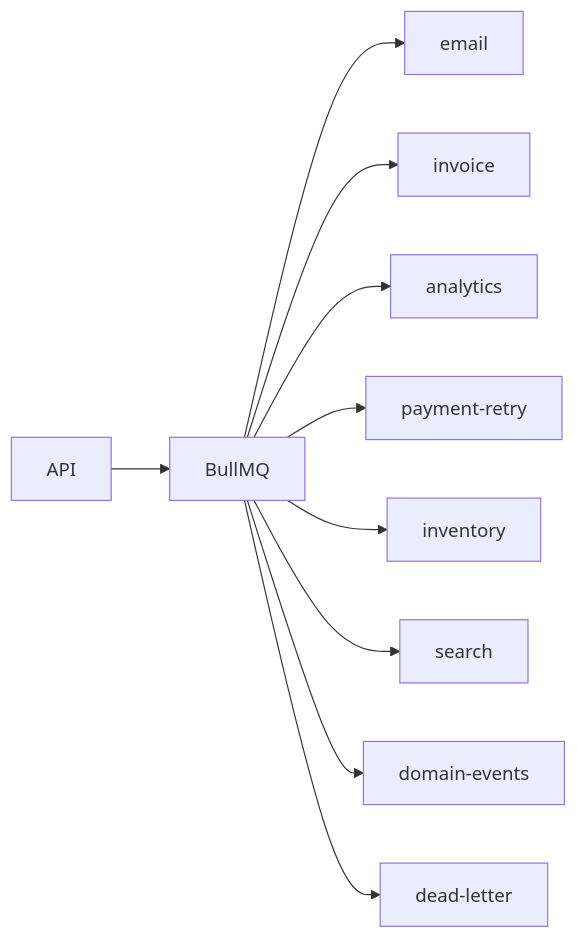
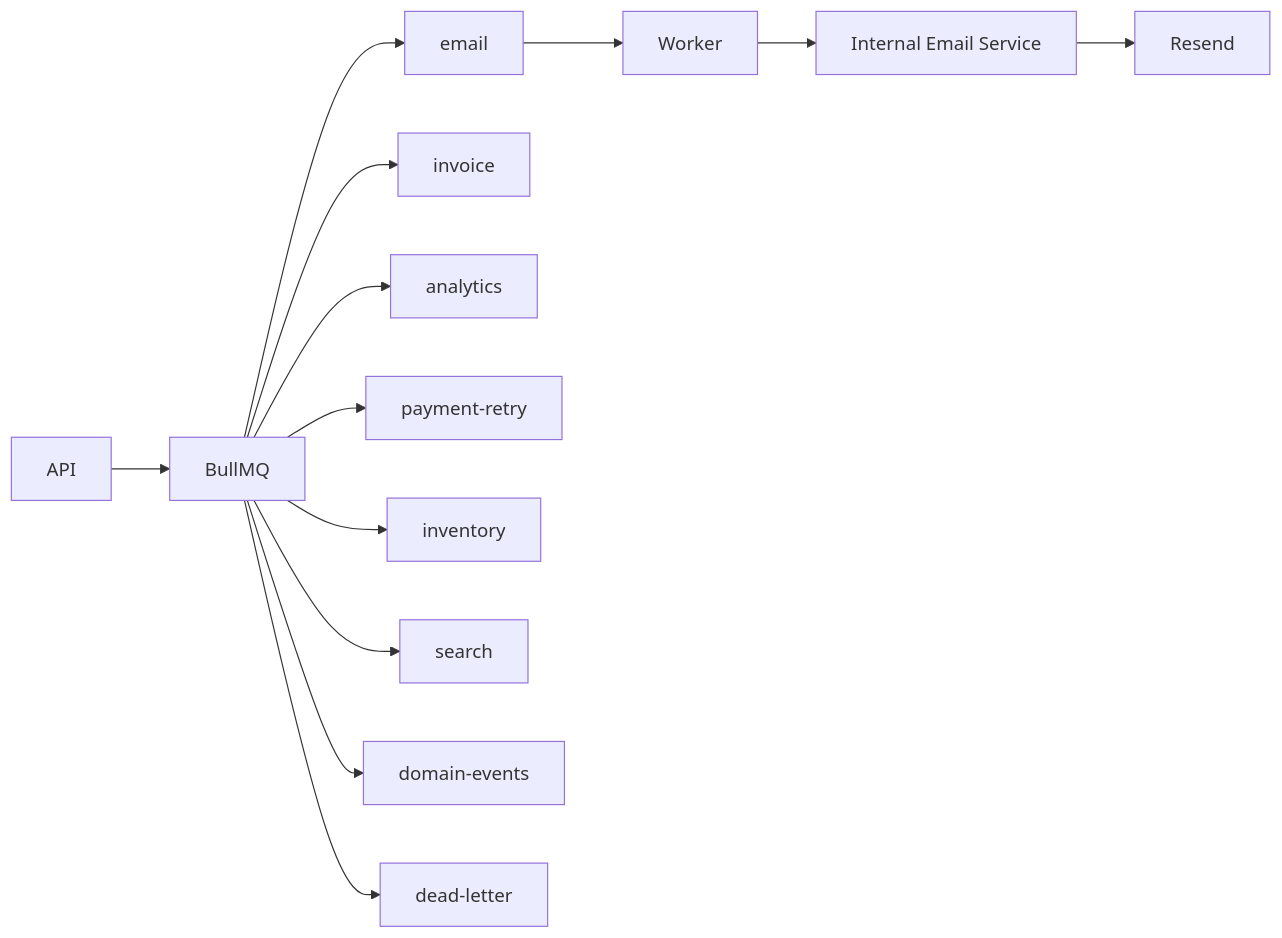
One commit to SpySparsh/distributed-commerce-platform changed the fifth of 8 diagrams in README.md. Above: the diagram before and after it, drawn with Mermaid. The commit also changed other lines of this file and 32 other files, not shown here.

Commit message:
Add internal email service for transactional mail

````diff
--- a/README.md
+++ b/README.md
@@ -199,12 +202,15 @@
 ```mermaid
 flowchart LR
   API["API"] --> Queue["BullMQ"]
   Queue --> Email["email"]
+  Email --> Worker["Worker"]
+  Worker --> EmailSvc["Internal Email Service"]
+  EmailSvc --> Resend["Resend"]
   Queue --> Invoice["invoice"]
   Queue --> Analytics["analytics"]
   Queue --> Payments["payment-retry"]
   Queue --> Inventory["inventory"]
   Queue --> Search["search"]
   Queue --> Events["domain-events"]
   Queue --> DLQ["dead-letter"]
 ```
````
